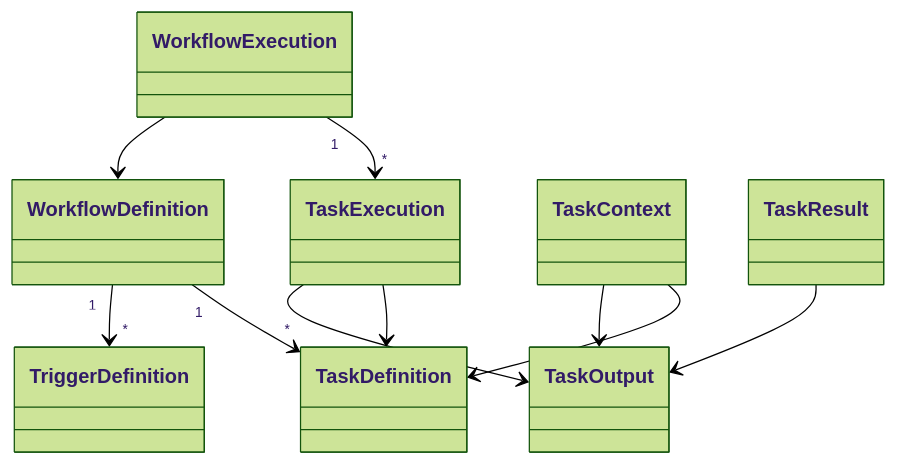
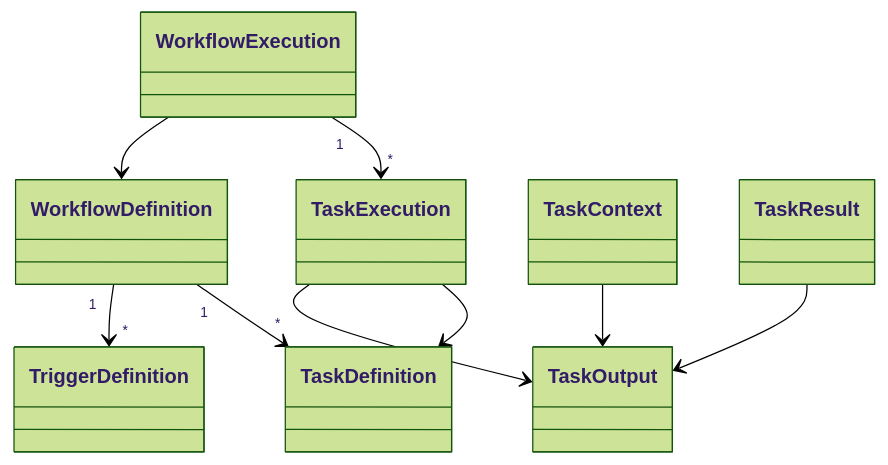
Before and after one commit to Devin8407/Automation-Platform: the diagram in docs/architecture/domain.md, drawn with Mermaid (forest theme). The commit also changed other lines of this file and 44 other files, not shown here.

````diff
--- a/docs/architecture/domain.md
+++ b/docs/architecture/domain.md
@@ -55,18 +50,15 @@
 ```mermaid
 classDiagram
 
-WorkflowDefinition "1" --> "*" TaskDefinition
-WorkflowDefinition "1" --> "*" TriggerDefinition
+    WorkflowDefinition "1" --> "*" TaskDefinition
+    WorkflowDefinition "1" --> "*" TriggerDefinition
 
-WorkflowExecution "1" --> "*" TaskExecution
+    WorkflowExecution "1" --> "*" TaskExecution
 
-WorkflowExecution --> WorkflowDefinition
-TaskExecution --> TaskDefinition
+    WorkflowExecution --> WorkflowDefinition
+    TaskExecution --> TaskDefinition
 
-TaskContext --> TaskDefinition
-TaskContext --> TaskOutput
-
-TaskResult --> TaskOutput
-
-TaskExecution --> TaskOutput
+    TaskContext --> TaskOutput
+    TaskResult --> TaskOutput
+    TaskExecution --> TaskOutput
 ```
````
